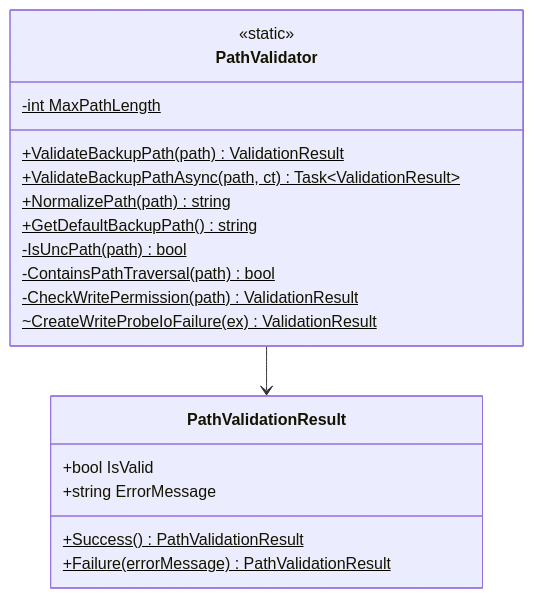
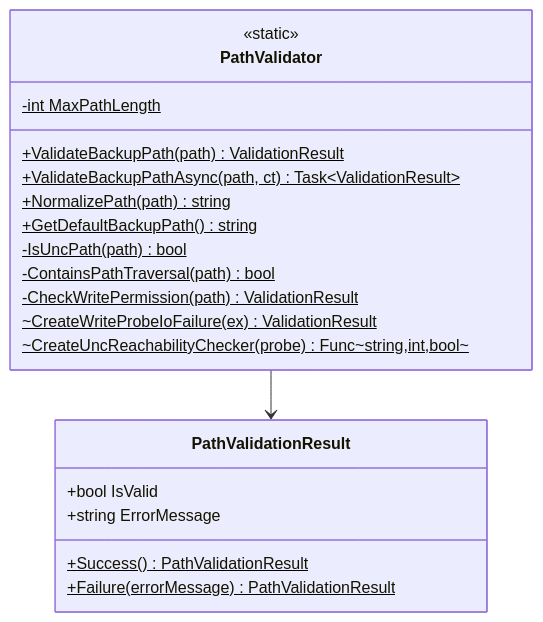
Diagram 46 of 53 in ICCardManager/docs/design/05_クラス設計書.md (kuwayamamasayuki/ICCardManager), drawn with Mermaid before and after one commit. The commit also changed other lines of this file and 10 other files, not shown here.

````diff
--- a/ICCardManager/docs/design/05_クラス設計書.md
+++ b/ICCardManager/docs/design/05_クラス設計書.md
@@ -3126,24 +3126,25 @@
 ```mermaid
 classDiagram
     class PathValidator {
         <<static>>
         -int MaxPathLength$
         +ValidateBackupPath(path)$ ValidationResult
         +ValidateBackupPathAsync(path, ct)$ Task~ValidationResult~
         +NormalizePath(path)$ string
         +GetDefaultBackupPath()$ string
         -IsUncPath(path)$ bool
         -ContainsPathTraversal(path)$ bool
         -CheckWritePermission(path)$ ValidationResult
         ~CreateWriteProbeIoFailure(ex)$ ValidationResult
+        ~CreateUncReachabilityChecker(probe)$ Func~string,int,bool~
     }
 
     class PathValidationResult {
         +bool IsValid
         +string ErrorMessage
         +Success()$ PathValidationResult
         +Failure(errorMessage)$ PathValidationResult
     }
 
     PathValidator --> PathValidationResult
 ```
````
